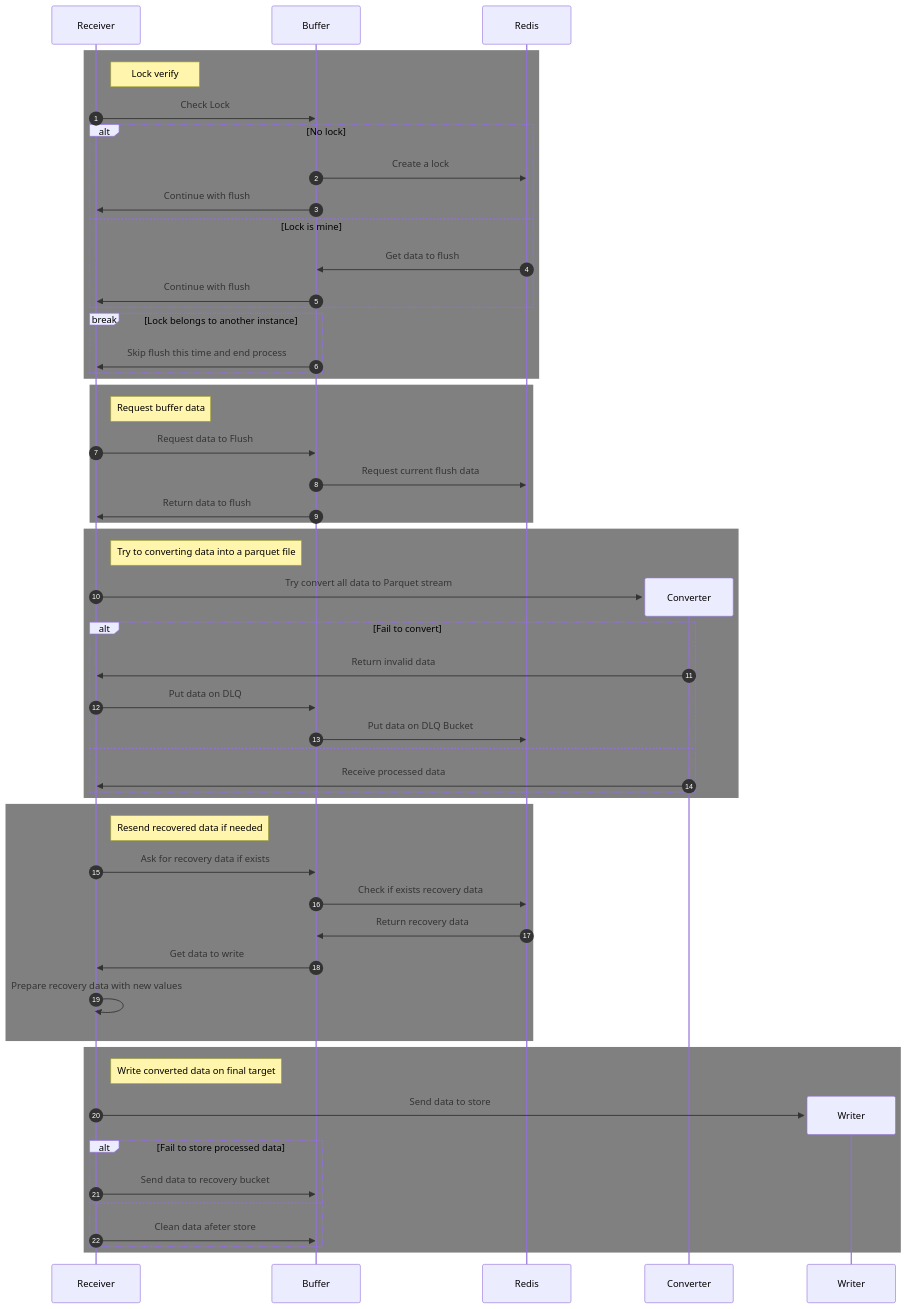
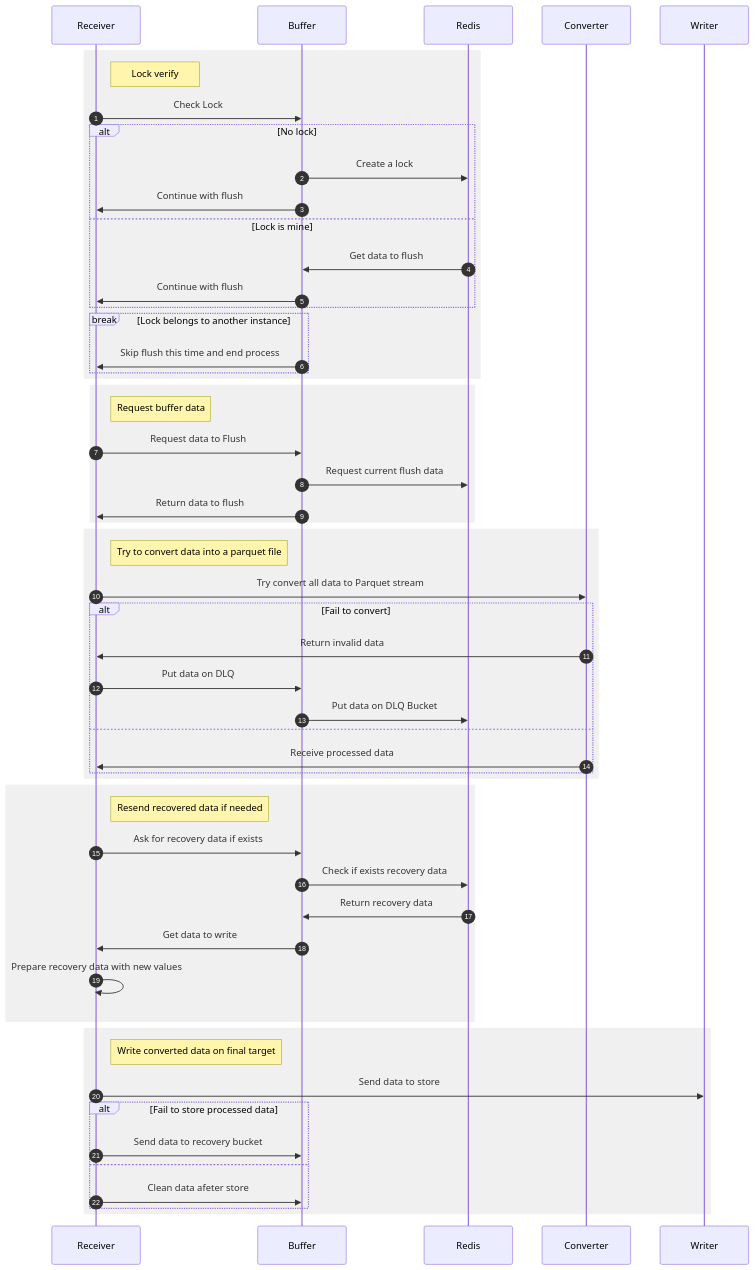
One commit to RafaelFino/Data2Parquet-go changed the second of 2 diagrams in README.md. Above: the diagram before and after it, drawn with Mermaid.

Commit message:
Imp - Improve diagrams

````diff
--- a/README.md
+++ b/README.md
@@ -31,62 +31,62 @@
 ```mermaid
 sequenceDiagram
 	autonumber
-    participant Receiver
-    participant Buffer    	
+	participant Receiver
+    participant Buffer   
+	participant Redis
+	participant Converter
+	participant Writer
 
-	rect gray
+	rect rgb(240,240,240)
 	note right of Receiver: Lock verify
 		Receiver->>Buffer: Check Lock
-		create participant Redis
 		alt No lock
 			Buffer->>Redis: Create a lock
 			Buffer->>Receiver: Continue with flush
 		else Lock is mine
 			Redis->>Buffer: Get data to flush		
 			Buffer->>Receiver: Continue with flush
 		end
 		break Lock belongs to another instance
 			Buffer->>Receiver: Skip flush this time and end process
 		end
 	end
 	
-	rect gray
+	rect rgb(240,240,240)
 	note right of Receiver: Request buffer data
 		Receiver->>Buffer: Request data to Flush
 		Buffer->>Redis: Request current flush data
 		Buffer->>Receiver: Return data to flush		
 	end
-
-	rect gray
-	note right of Receiver: Try to converting data into a parquet file
-		create participant Converter
+	
+	rect rgb(240,240,240)
+	note right of Receiver: Try to convert data into a parquet file				
 		Receiver->>Converter: Try convert all data to Parquet stream	
 		alt Fail to convert
 			Converter->>Receiver: Return invalid data
 			Receiver->>Buffer: Put data on DLQ
 			Buffer->>Redis: Put data on DLQ Bucket
 		else
 			Converter->>Receiver: Receive processed data
 		end
 	end
 	
-	rect gray
+	rect rgb(240,240,240)
 	note right of Receiver: Resend recovered data if needed
 		Receiver->>Buffer: Ask for recovery data if exists
 		Buffer->>Redis: Check if exists recovery data
 		Redis->>Buffer: Return recovery data
 		Buffer->>Receiver: Get data to write
 		Receiver->>Receiver: Prepare recovery data with new values
 	end
 	
-	rect gray
+	rect rgb(240,240,240)
 	note right of Receiver: Write converted data on final target	
-		create participant Writer
 		Receiver->>Writer: Send data to store
 		alt Fail to store processed data
 			Receiver->>Buffer: Send data to recovery bucket
 		else
 			Receiver->>Buffer: Clean data afeter store
 		end
 	end
 ```
````
